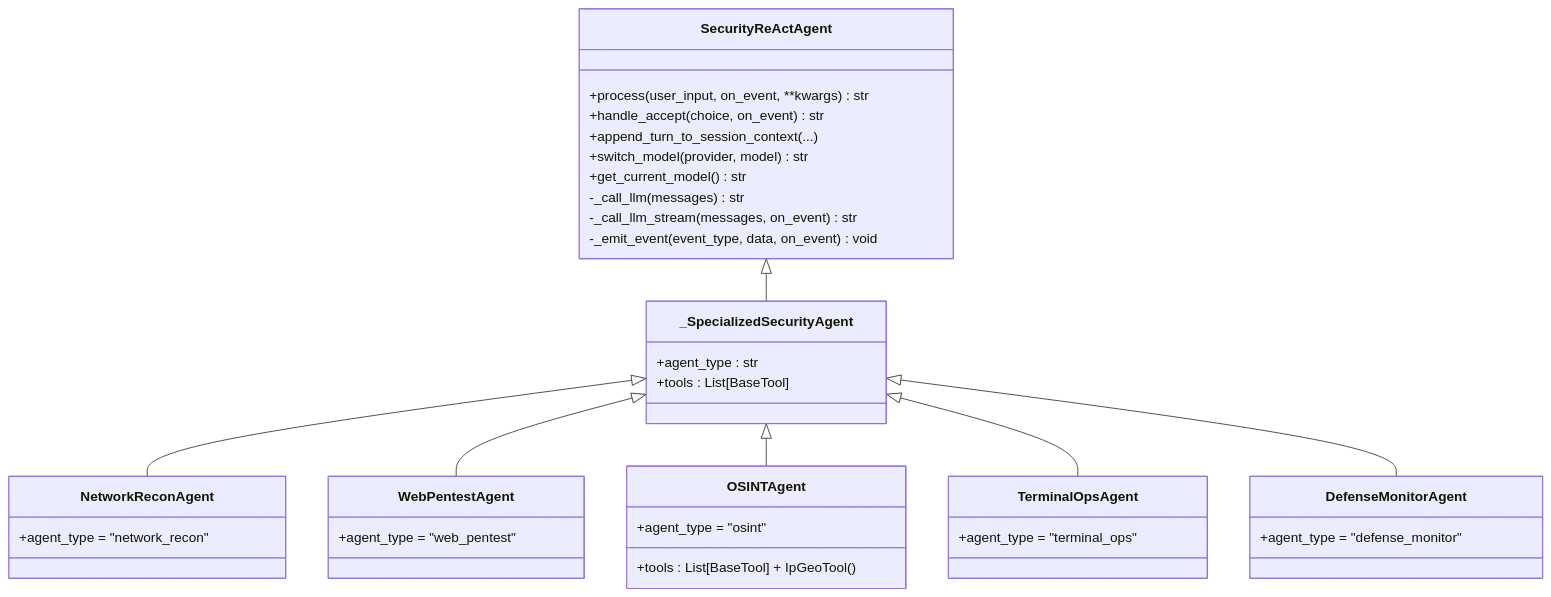
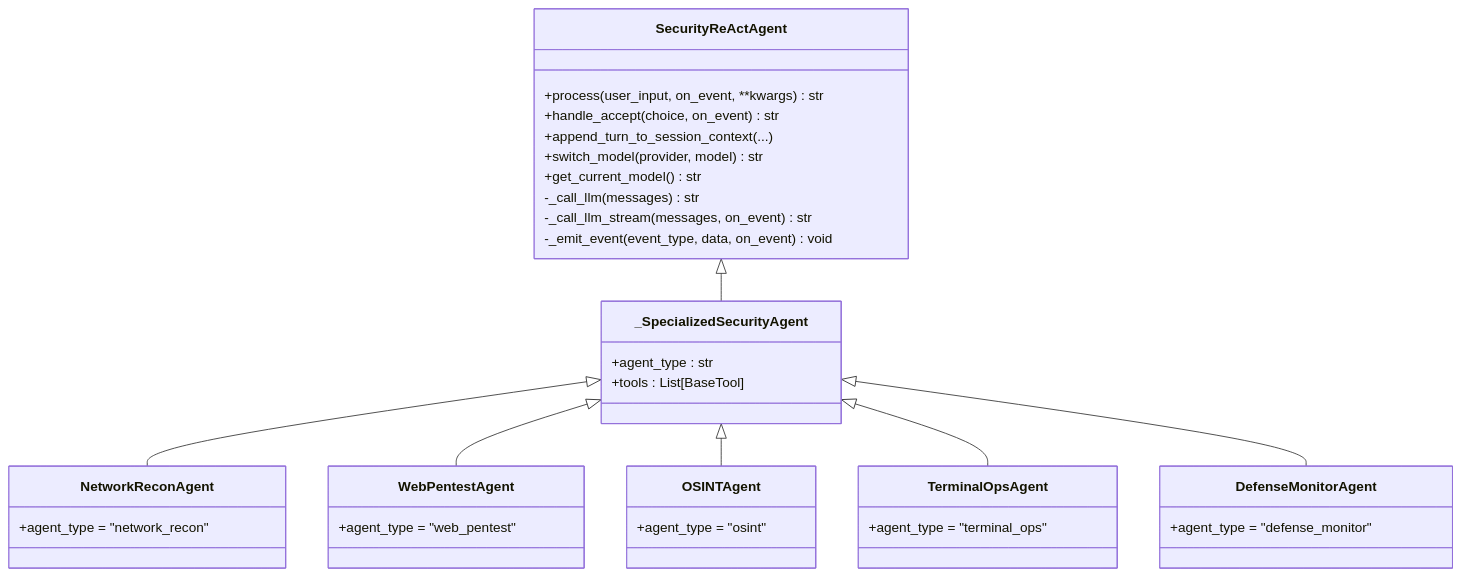
Before and after one commit to iammm0/secbot: the fourth of 7 diagrams in .qoder/repowiki/zh/content/项目概述/核心功能特性/多智能体协作系统/多智能体协作系统.md, drawn with Mermaid. The commit also changed other lines of this file and 47 other files, not shown here.

````diff
--- a/.qoder/repowiki/zh/content/项目概述/核心功能特性/多智能体协作系统/多智能体协作系统.md
+++ b/.qoder/repowiki/zh/content/项目概述/核心功能特性/多智能体协作系统/多智能体协作系统.md
@@ -226,39 +210,38 @@
 ```mermaid
 classDiagram
 class SecurityReActAgent {
 +process(user_input, on_event, **kwargs) str
 +handle_accept(choice, on_event) str
 +append_turn_to_session_context(...)
 +switch_model(provider, model) str
 +get_current_model() str
 -_call_llm(messages) str
 -_call_llm_stream(messages, on_event) str
 -_emit_event(event_type, data, on_event) void
 }
 class _SpecializedSecurityAgent {
 +agent_type : str
 +tools : List[BaseTool]
 }
 class NetworkReconAgent {
 +agent_type = "network_recon"
 }
 class WebPentestAgent {
 +agent_type = "web_pentest"
 }
 class OSINTAgent {
 +agent_type = "osint"
-+tools : List[BaseTool] + IpGeoTool()
 }
 class TerminalOpsAgent {
 +agent_type = "terminal_ops"
 }
 class DefenseMonitorAgent {
 +agent_type = "defense_monitor"
 }
 SecurityReActAgent <|-- _SpecializedSecurityAgent
 _SpecializedSecurityAgent <|-- NetworkReconAgent
 _SpecializedSecurityAgent <|-- WebPentestAgent
 _SpecializedSecurityAgent <|-- OSINTAgent
 _SpecializedSecurityAgent <|-- TerminalOpsAgent
 _SpecializedSecurityAgent <|-- DefenseMonitorAgent
 ```
````
